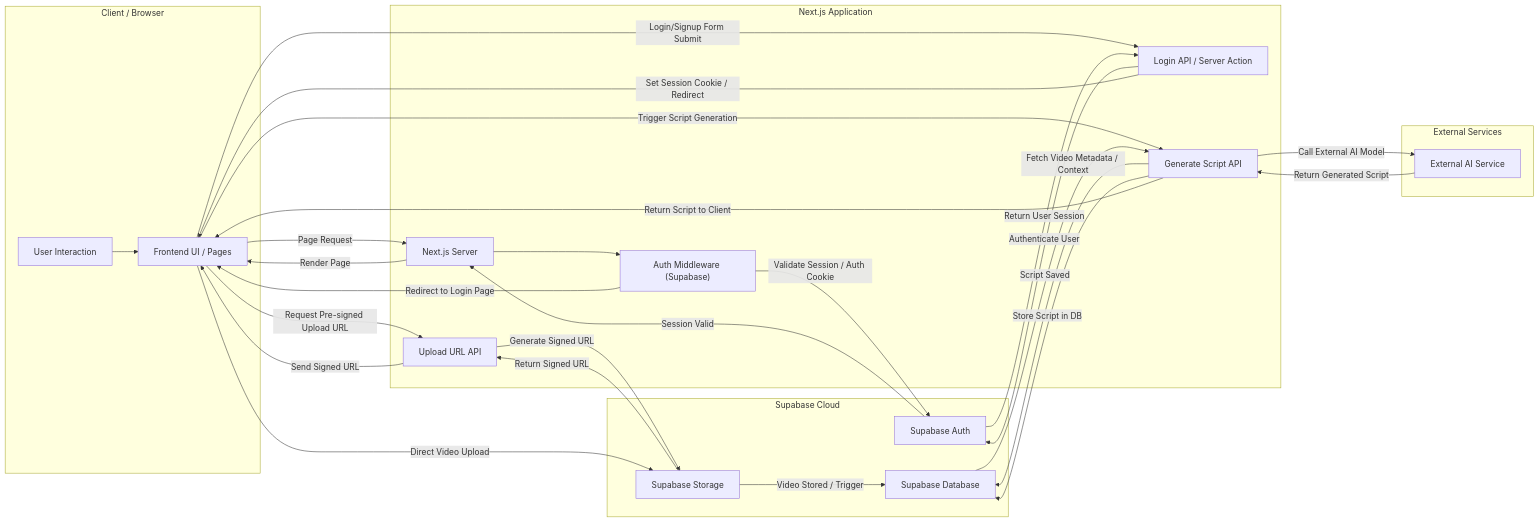
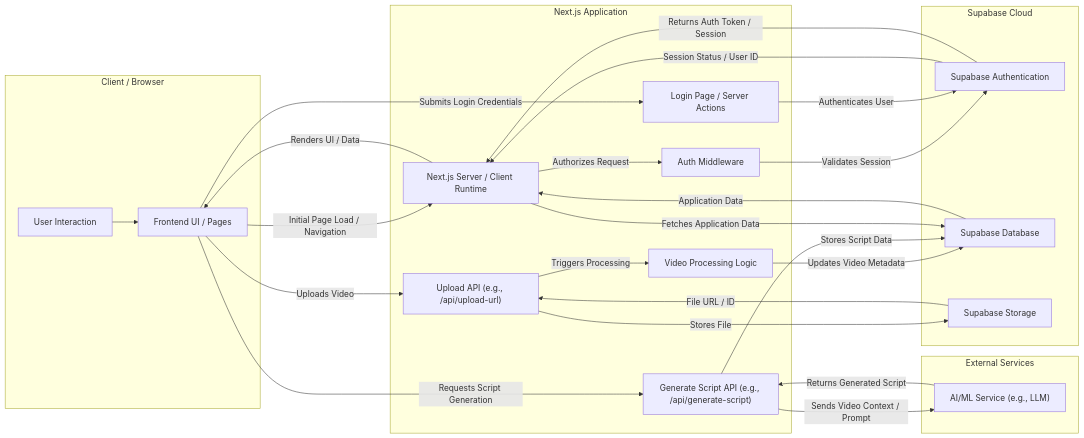
One commit to token-hoarder/video-to-script-mvp changed the diagram in ARCHITECTURE.md. Above: the diagram before and after it, drawn with Mermaid. The commit also changed 1 other file, not shown here.

Commit message:
docs: auto-generate changelog and architecture

````diff
--- a/ARCHITECTURE.md
+++ b/ARCHITECTURE.md
@@ -3,57 +3,54 @@
 ```mermaid
 graph LR
-    subgraph Client["Client / Browser"]
-        U["User Interaction"]
-        FEUI["Frontend UI / Pages"]
+    subgraph "Client / Browser"
+        User["User Interaction"]
+        FrontendUI["Frontend UI / Pages"]
     end
 
-    subgraph NextApp["Next.js Application"]
-        NJS["Next.js Server"]
-        NJSAuth["Auth Middleware (Supabase)"]
-        APILogin["Login API / Server Action"]
-        APIUploadURL["Upload URL API"]
-        APIGenScript["Generate Script API"]
+    subgraph "Next.js Application"
+        NextJSApp["Next.js Server / Client Runtime"]
+        AuthMiddleware["Auth Middleware"]
+        LoginPage["Login Page / Server Actions"]
+        UploadAPI["Upload API (e.g., /api/upload-url)"]
+        GenerateScriptAPI["Generate Script API (e.g., /api/generate-script)"]
+        VideoProcessingLogic["Video Processing Logic"]
     end
 
-    subgraph Supabase["Supabase Cloud"]
-        SBAuth["Supabase Auth"]
-        SBDb["Supabase Database"]
-        SBStorage["Supabase Storage"]
+    subgraph "Supabase Cloud"
+        SupabaseAuth["Supabase Authentication"]
+        SupabaseDB["Supabase Database"]
+        SupabaseStorage["Supabase Storage"]
     end
 
-    subgraph External["External Services"]
-        ExAI["External AI Service"]
+    subgraph "External Services"
+        AIMLService["AI/ML Service (e.g., LLM)"]
     end
 
-    %% Initial Page Load / Authentication Flow
-    U --> FEUI
-    FEUI -- "Page Request" --> NJS
-    NJS --> NJSAuth
-    NJSAuth -- "Validate Session / Auth Cookie" --> SBAuth
-    SBAuth -- "Session Valid" --> NJS
-    NJS -- "Render Page" --> FEUI
-    NJSAuth -- "Redirect to Login Page" --> FEUI
+    %% User Request Flows
+    User --> FrontendUI
+    FrontendUI -- "Initial Page Load / Navigation" --> NextJSApp
 
-    %% Login/Signup Flow
-    FEUI -- "Login/Signup Form Submit" --> APILogin
-    APILogin -- "Authenticate User" --> SBAuth
-    SBAuth -- "Return User Session" --> APILogin
-    APILogin -- "Set Session Cookie / Redirect" --> FEUI
+    NextJSApp -- "Authorizes Request" --> AuthMiddleware
+    AuthMiddleware -- "Validates Session" --> SupabaseAuth
+    SupabaseAuth -- "Session Status / User ID" --> NextJSApp
 
-    %% Video Upload Flow
-    FEUI -- "Request Pre-signed Upload URL" --> APIUploadURL
-    APIUploadURL -- "Generate Signed URL" --> SBStorage
-    SBStorage -- "Return Signed URL" --> APIUploadURL
-    APIUploadURL -- "Send Signed URL" --> FEUI
-    FEUI -- "Direct Video Upload" --> SBStorage
-    SBStorage -- "Video Stored / Trigger" --> SBDb["Supabase Database"]
+    FrontendUI -- "Submits Login Credentials" --> LoginPage
+    LoginPage -- "Authenticates User" --> SupabaseAuth
+    SupabaseAuth -- "Returns Auth Token / Session" --> NextJSApp
 
-    %% AI Script Generation Flow
-    FEUI -- "Trigger Script Generation" --> APIGenScript
-    APIGenScript -- "Fetch Video Metadata / Context" --> SBDb
-    APIGenScript -- "Call External AI Model" --> ExAI
-    ExAI -- "Return Generated Script" --> APIGenScript
-    APIGenScript -- "Store Script in DB" --> SBDb
-    SBDb -- "Script Saved" --> APIGenScript
-    APIGenScript -- "Return Script to Client" --> FEUI
+    FrontendUI -- "Uploads Video" --> UploadAPI
+    UploadAPI -- "Stores File" --> SupabaseStorage
+    SupabaseStorage -- "File URL / ID" --> UploadAPI
+    UploadAPI -- "Triggers Processing" --> VideoProcessingLogic
+    VideoProcessingLogic -- "Updates Video Metadata" --> SupabaseDB
+
+    FrontendUI -- "Requests Script Generation" --> GenerateScriptAPI
+    GenerateScriptAPI -- "Sends Video Context / Prompt" --> AIMLService
+    AIMLService -- "Returns Generated Script" --> GenerateScriptAPI
+    GenerateScriptAPI -- "Stores Script Data" --> SupabaseDB
+
+    %% Data Fetching and Rendering
+    NextJSApp -- "Fetches Application Data" --> SupabaseDB
+    SupabaseDB -- "Application Data" --> NextJSApp
+    NextJSApp -- "Renders UI / Data" --> FrontendUI
 ```
````
